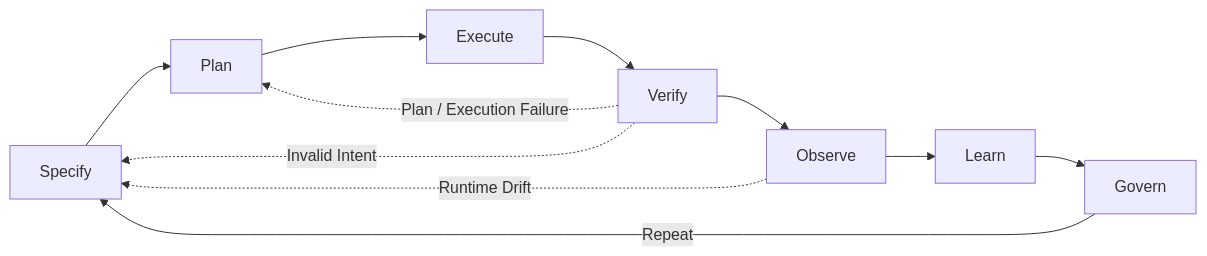
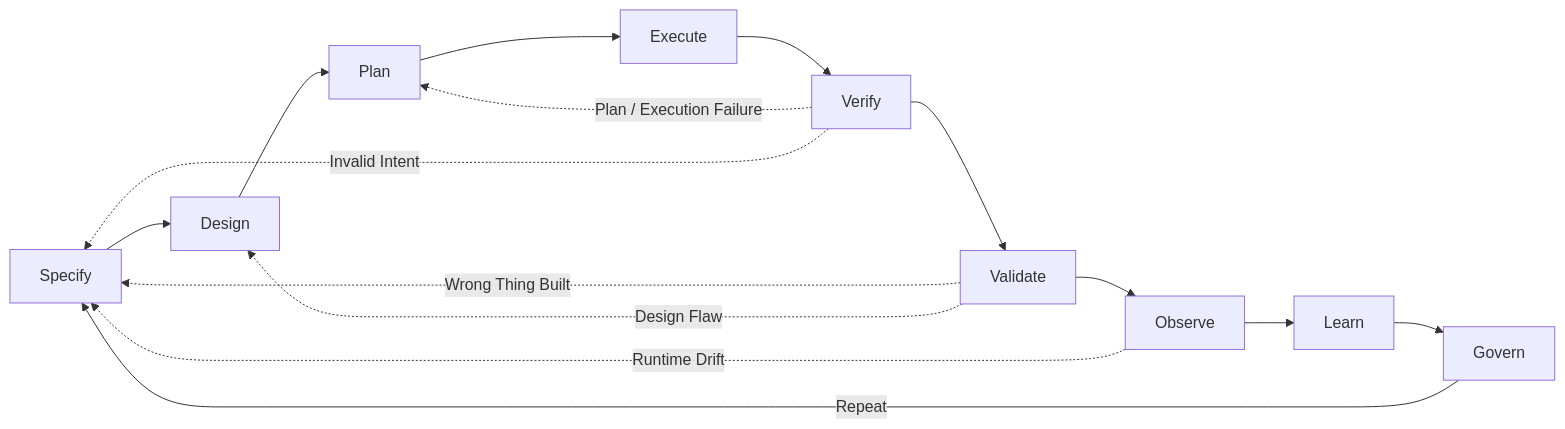
The diagram in manifesto-agentic-engineering.md (arnaudgelas/agentic-engineering-manifesto), drawn with Mermaid before and after one commit. The commit also changed other lines of this file and 3 other files, not shown here.

First line of the commit message:
docs(manifesto): expand the Agentic Loop with Design and Validate phases

````diff
--- a/manifesto-agentic-engineering.md
+++ b/manifesto-agentic-engineering.md
@@ -75,9 +90,11 @@
 ```mermaid
 flowchart LR
-    Specify --> Plan --> Execute --> Verify --> Observe --> Learn --> Govern
+    Specify --> Design --> Plan --> Execute --> Verify --> Validate --> Observe --> Learn --> Govern
     Govern -->|Repeat| Specify
 
     Verify -.->|Plan / Execution Failure| Plan
     Verify -.->|Invalid Intent| Specify
+    Validate -.->|Wrong Thing Built| Specify
+    Validate -.->|Design Flaw| Design
     Observe -.->|Runtime Drift| Specify
 ```
````
